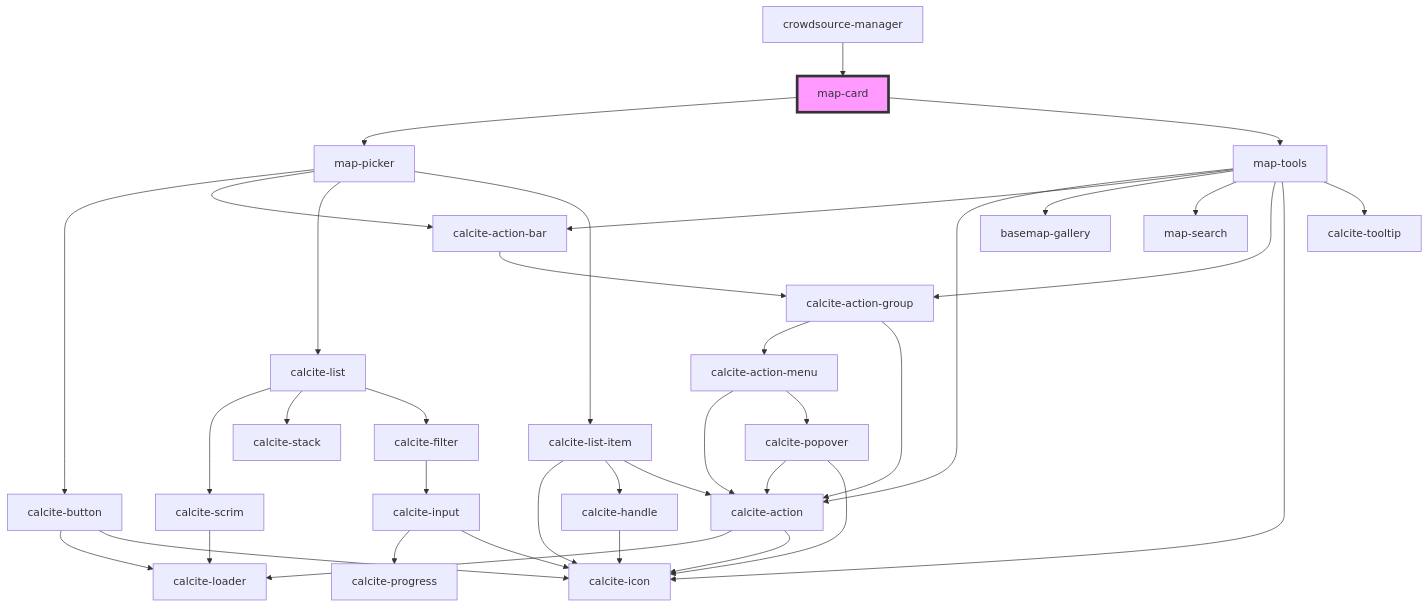
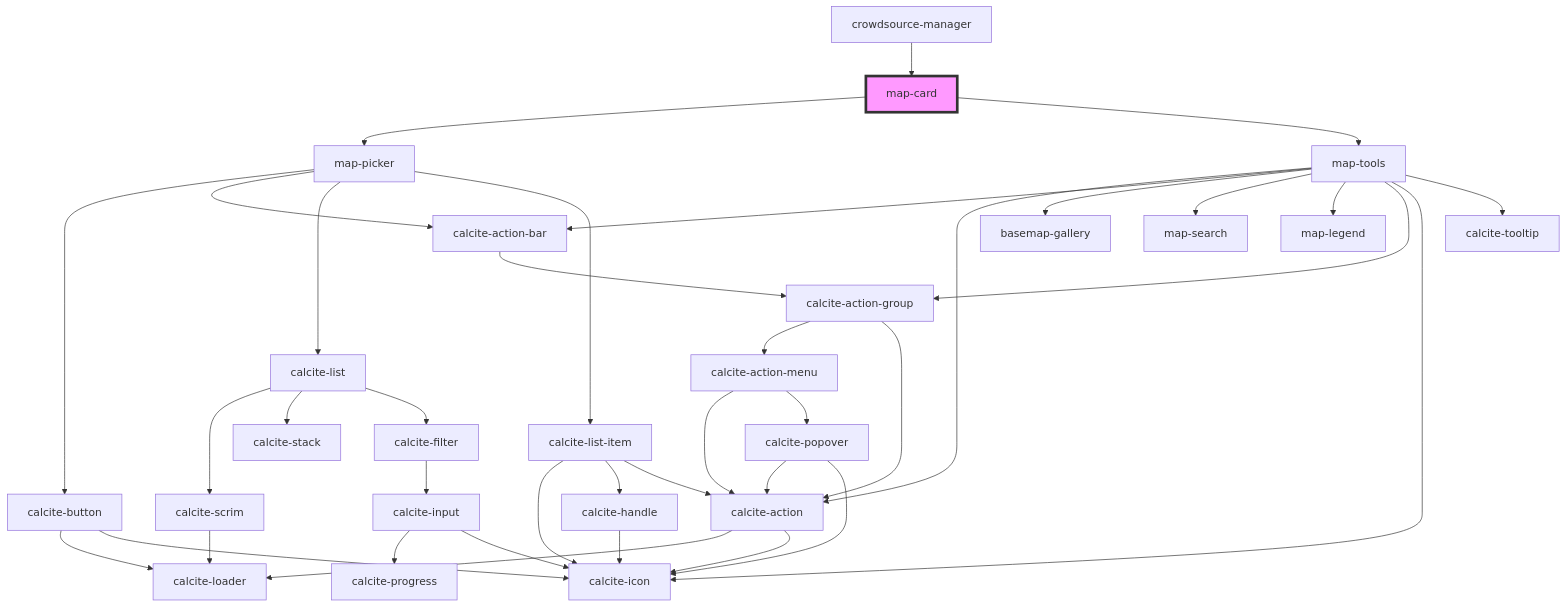
Before and after one commit to Esri/solutions-components: the diagram in src/components/map-card/readme.md, drawn with Mermaid. The commit also changed 6 other files, not shown here.

````diff
--- a/src/components/map-card/readme.md
+++ b/src/components/map-card/readme.md
@@ -35,40 +35,41 @@
 ```mermaid
 graph TD;
   map-card --> map-picker
   map-card --> map-tools
   map-picker --> calcite-button
   map-picker --> calcite-action-bar
   map-picker --> calcite-list
   map-picker --> calcite-list-item
   calcite-button --> calcite-loader
   calcite-button --> calcite-icon
   calcite-action-bar --> calcite-action-group
   calcite-action-group --> calcite-action-menu
   calcite-action-group --> calcite-action
   calcite-action-menu --> calcite-action
   calcite-action-menu --> calcite-popover
   calcite-action --> calcite-loader
   calcite-action --> calcite-icon
   calcite-popover --> calcite-action
   calcite-popover --> calcite-icon
   calcite-list --> calcite-scrim
   calcite-list --> calcite-stack
   calcite-list --> calcite-filter
   calcite-scrim --> calcite-loader
   calcite-filter --> calcite-input
   calcite-input --> calcite-progress
   calcite-input --> calcite-icon
   calcite-list-item --> calcite-icon
   calcite-list-item --> calcite-handle
   calcite-list-item --> calcite-action
   calcite-handle --> calcite-icon
   map-tools --> calcite-action
   map-tools --> calcite-action-bar
   map-tools --> basemap-gallery
   map-tools --> map-search
+  map-tools --> map-legend
   map-tools --> calcite-action-group
   map-tools --> calcite-icon
   map-tools --> calcite-tooltip
   crowdsource-manager --> map-card
   style map-card fill:#f9f,stroke:#333,stroke-width:4px
 ```
````
